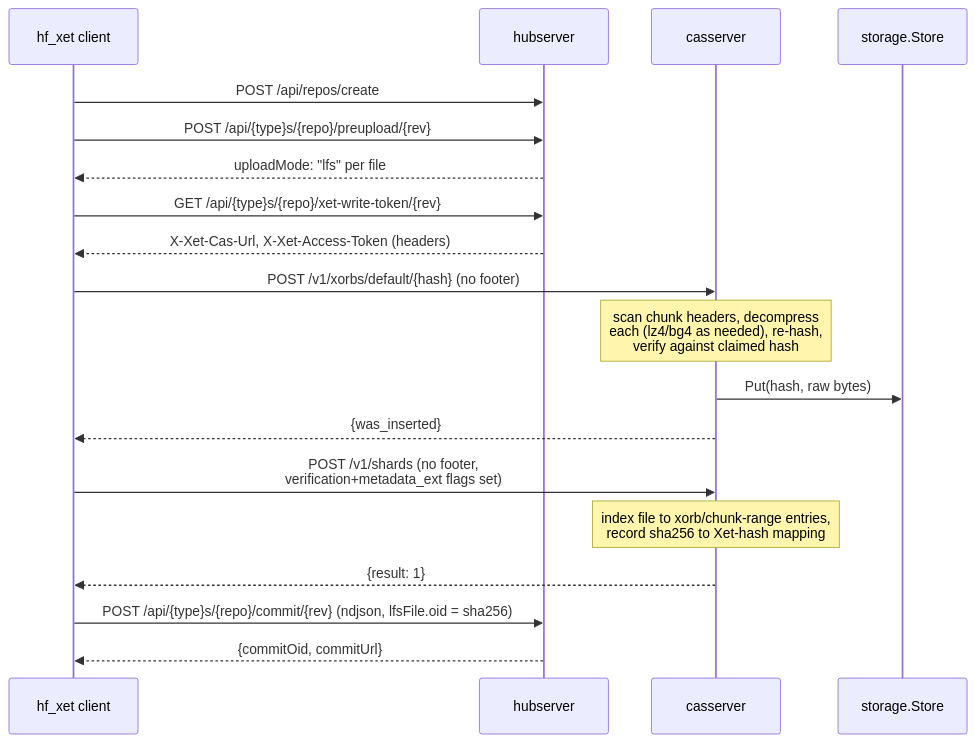
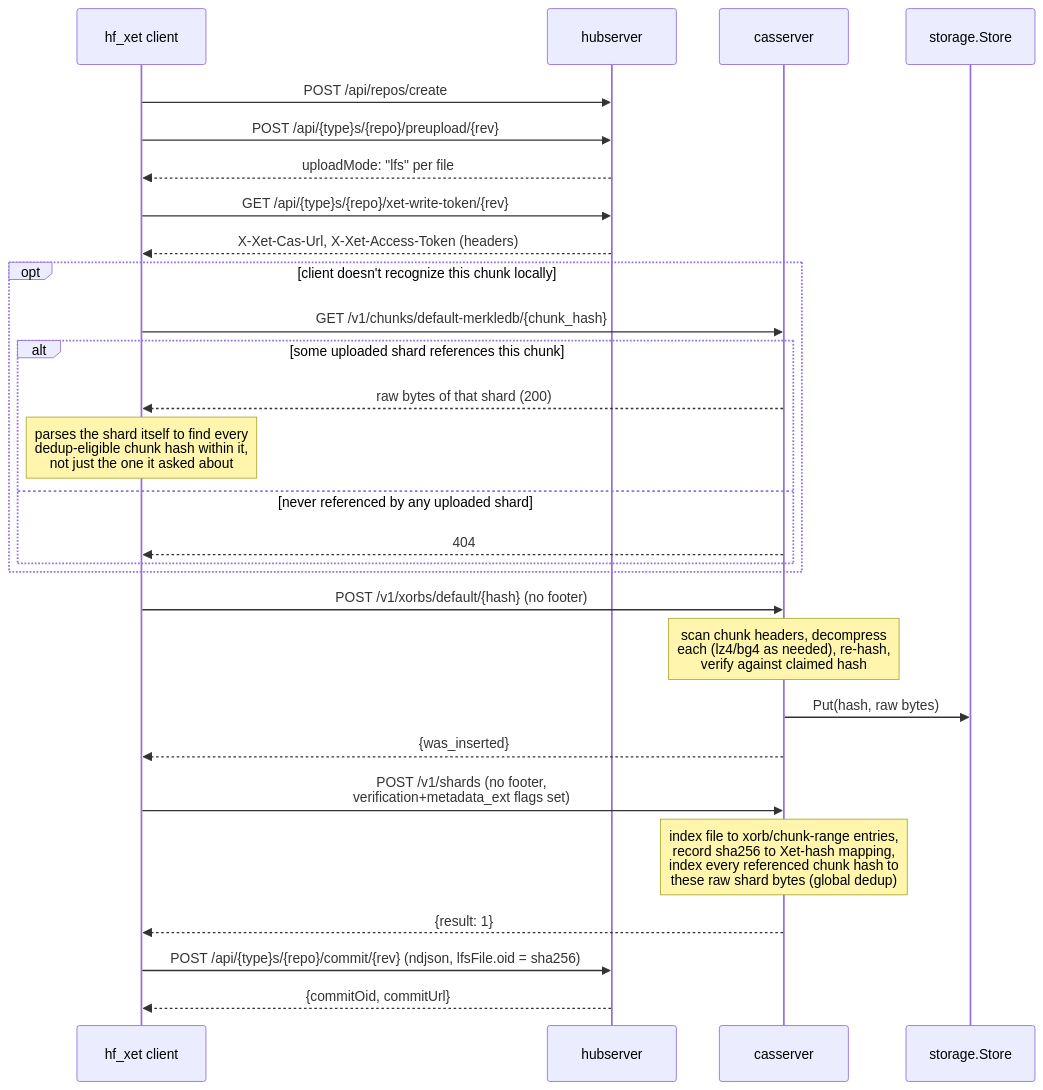
Before and after one commit to Taytay/xet-server: the second of 3 diagrams in docs/ARCHITECTURE.md, drawn with Mermaid. The commit also changed other lines of this file and 27 other files, not shown here.

````diff
--- a/docs/ARCHITECTURE.md
+++ b/docs/ARCHITECTURE.md
@@ -64,25 +64,35 @@
 ```mermaid
 sequenceDiagram
     participant Client as hf_xet client
     participant Hub as hubserver
     participant CAS as casserver
     participant Store as storage.Store
 
     Client->>Hub: POST /api/repos/create
     Client->>Hub: POST /api/{type}s/{repo}/preupload/{rev}
     Hub-->>Client: uploadMode: "lfs" per file
     Client->>Hub: GET /api/{type}s/{repo}/xet-write-token/{rev}
     Hub-->>Client: X-Xet-Cas-Url, X-Xet-Access-Token (headers)
 
+    opt client doesn't recognize this chunk locally
+        Client->>CAS: GET /v1/chunks/default-merkledb/{chunk_hash}
+        alt some uploaded shard references this chunk
+            CAS-->>Client: raw bytes of that shard (200)
+            Note over Client: parses the shard itself to find every<br/>dedup-eligible chunk hash within it,<br/>not just the one it asked about
+        else never referenced by any uploaded shard
+            CAS-->>Client: 404
+        end
+    end
+
     Client->>CAS: POST /v1/xorbs/default/{hash}  (no footer)
     Note over CAS: scan chunk headers, decompress<br/>each (lz4/bg4 as needed), re-hash,<br/>verify against claimed hash
     CAS->>Store: Put(hash, raw bytes)
     CAS-->>Client: {was_inserted}
 
     Client->>CAS: POST /v1/shards  (no footer,<br/>verification+metadata_ext flags set)
-    Note over CAS: index file to xorb/chunk-range entries,<br/>record sha256 to Xet-hash mapping
+    Note over CAS: index file to xorb/chunk-range entries,<br/>record sha256 to Xet-hash mapping,<br/>index every referenced chunk hash to<br/>these raw shard bytes (global dedup)
     CAS-->>Client: {result: 1}
 
     Client->>Hub: POST /api/{type}s/{repo}/commit/{rev}  (ndjson, lfsFile.oid = sha256)
     Hub-->>Client: {commitOid, commitUrl}
 ```
````
